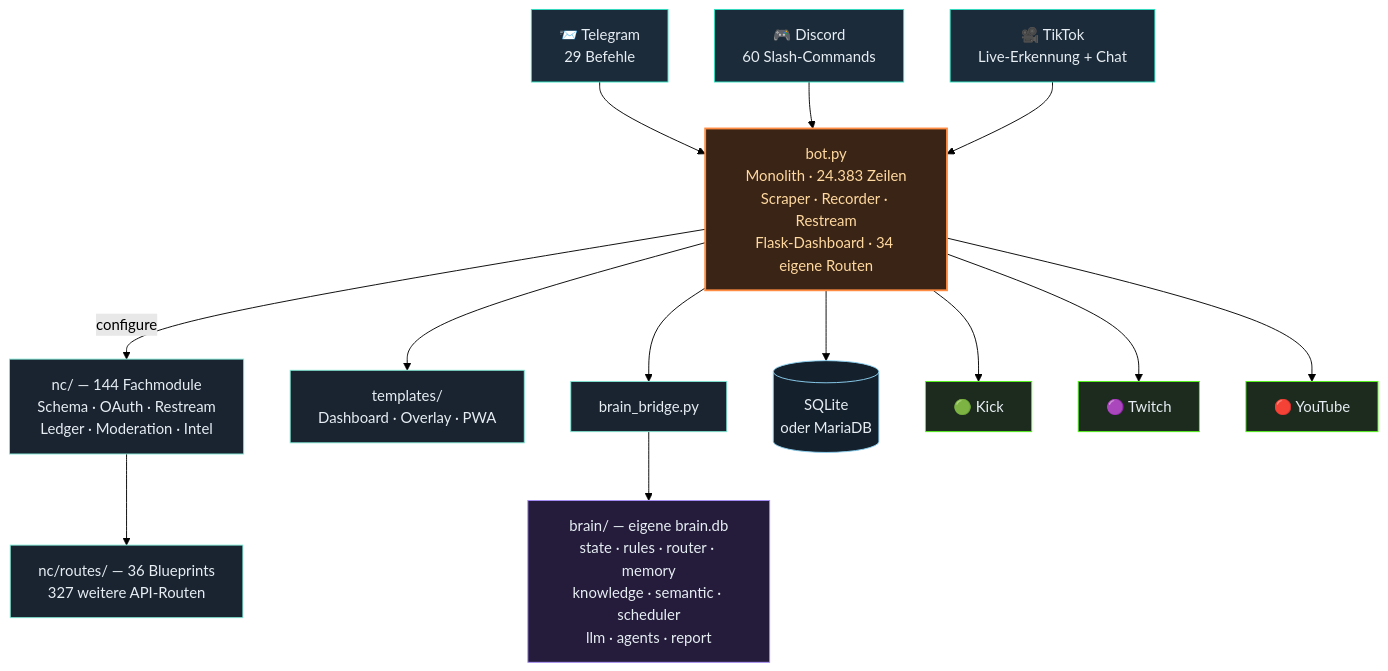
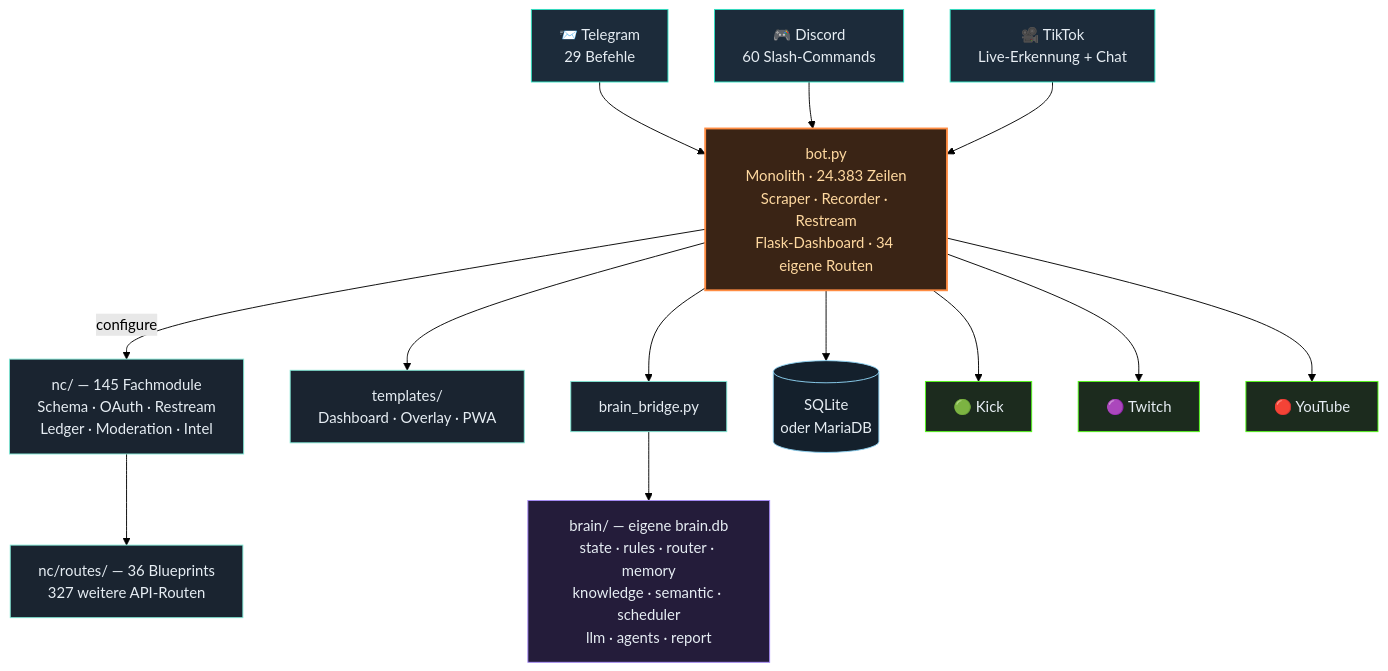
The third of 4 diagrams in README.md (itsamemedev/Telegram-Stream-Info-Bot), drawn with Mermaid (forest theme) before and after one commit. The commit also changed other lines of this file and 10 other files, not shown here.

````diff
--- a/README.md
+++ b/README.md
@@ -189,30 +189,30 @@
 ```mermaid
 flowchart TB
     TG["📨 Telegram<br/>29 Befehle"]:::ein
     DC["🎮 Discord<br/>60 Slash-Commands"]:::ein
     TT["🎥 TikTok<br/>Live-Erkennung + Chat"]:::ein
 
     TG --> BOT
     DC --> BOT
     TT --> BOT
 
     BOT["bot.py<br/>Monolith · 24.383 Zeilen<br/>Scraper · Recorder · Restream<br/>Flask-Dashboard · 34 eigene Routen"]:::core
 
-    BOT -->|configure| NC["nc/ — 144 Fachmodule<br/>Schema · OAuth · Restream<br/>Ledger · Moderation · Intel"]:::lib
+    BOT -->|configure| NC["nc/ — 145 Fachmodule<br/>Schema · OAuth · Restream<br/>Ledger · Moderation · Intel"]:::lib
     NC --> RT["nc/routes/ — 36 Blueprints<br/>327 weitere API-Routen"]:::lib
     BOT --> TPL["templates/<br/>Dashboard · Overlay · PWA"]:::lib
     BOT --> BR["brain_bridge.py"]:::lib
     BR --> BRAIN["brain/ — eigene brain.db<br/>state · rules · router · memory<br/>knowledge · semantic · scheduler<br/>llm · agents · report"]:::brain
     BOT --> DB[("SQLite<br/>oder MariaDB")]:::db
 
     BOT --> KICK["🟢 Kick"]:::out
     BOT --> TW["🟣 Twitch"]:::out
     BOT --> YT["🔴 YouTube"]:::out
 
     classDef ein fill:#1c2b3a,stroke:#2de1c2,color:#e6edf3
     classDef core fill:#3a2415,stroke:#ff8c42,stroke-width:2px,color:#ffd9a0
     classDef lib fill:#1a2430,stroke:#7fe7d4,color:#e6edf3
     classDef brain fill:#241c3a,stroke:#a78bfa,color:#e6edf3
     classDef db fill:#14202c,stroke:#8fd3f4,color:#e6edf3
     classDef out fill:#1c2b1e,stroke:#53fc18,color:#e6edf3
 ```
````
